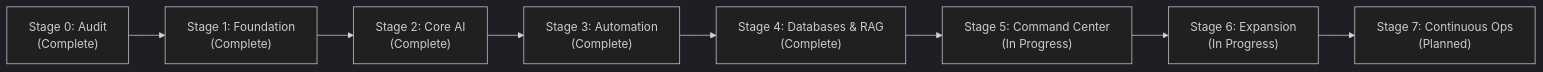
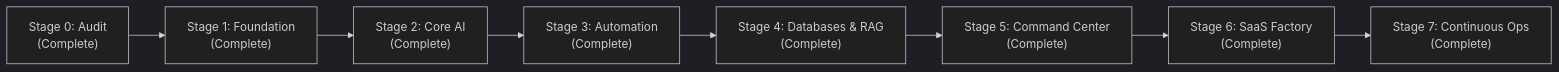
The diagram in aios/docs/ROADMAP.md (AdityaMehra007/anti), drawn with Mermaid (dark theme) before and after one commit. The commit also changed other lines of this file and 1023 other files, not shown here.

````diff
--- a/aios/docs/ROADMAP.md
+++ b/aios/docs/ROADMAP.md
@@ -10,10 +10,10 @@
 ```mermaid
 flowchart LR
     S0["Stage 0: Audit\n(Complete)"] --> S1["Stage 1: Foundation\n(Complete)"]
     S1 --> S2["Stage 2: Core AI\n(Complete)"]
     S2 --> S3["Stage 3: Automation\n(Complete)"]
     S3 --> S4["Stage 4: Databases & RAG\n(Complete)"]
-    S4 --> S5["Stage 5: Command Center\n(In Progress)"]
-    S5 --> S6["Stage 6: Expansion\n(In Progress)"]
-    S6 --> S7["Stage 7: Continuous Ops\n(Planned)"]
+    S4 --> S5["Stage 5: Command Center\n(Complete)"]
+    S5 --> S6["Stage 6: SaaS Factory\n(Complete)"]
+    S6 --> S7["Stage 7: Continuous Ops\n(Complete)"]
 ```
````
